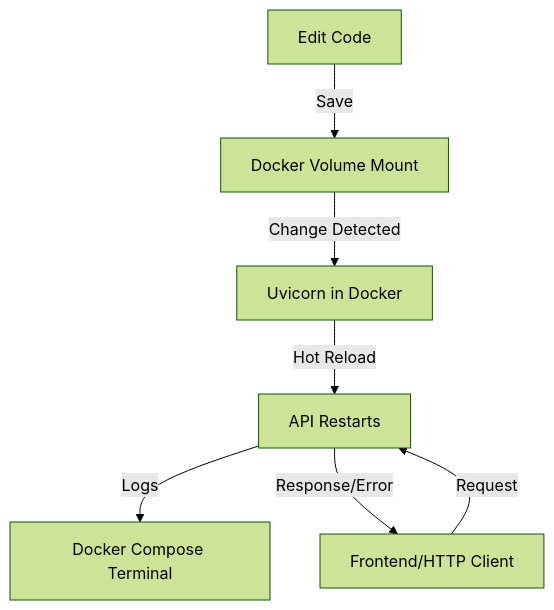
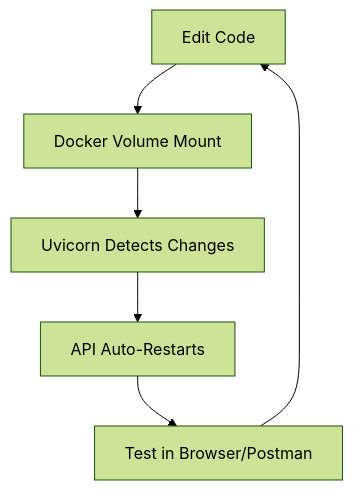
The first of 2 diagrams in README.md (mariobrusarosco/better-call-buffet), drawn with Mermaid (forest theme) before and after one commit. The commit also changed other lines of this file and 2 other files, not shown here.

````diff
--- a/README.md
+++ b/README.md
@@ -37,9 +143,8 @@
 ```mermaid
 flowchart TD
-    A[Edit Code] -- Save --> B[Docker Volume Mount]
-    B -- Change Detected --> C[Uvicorn in Docker]
-    C -- Hot Reload --> D[API Restarts]
-    D -- Logs --> E[Docker Compose Terminal]
-    F[Frontend/HTTP Client] -- Request --> D
-    D -- Response/Error --> F
+    A[Edit Code] --> B[Docker Volume Mount]
+    B --> C[Uvicorn Detects Changes]
+    C --> D[API Auto-Restarts]
+    D --> E[Test in Browser/Postman]
+    E --> A
 ```
````
